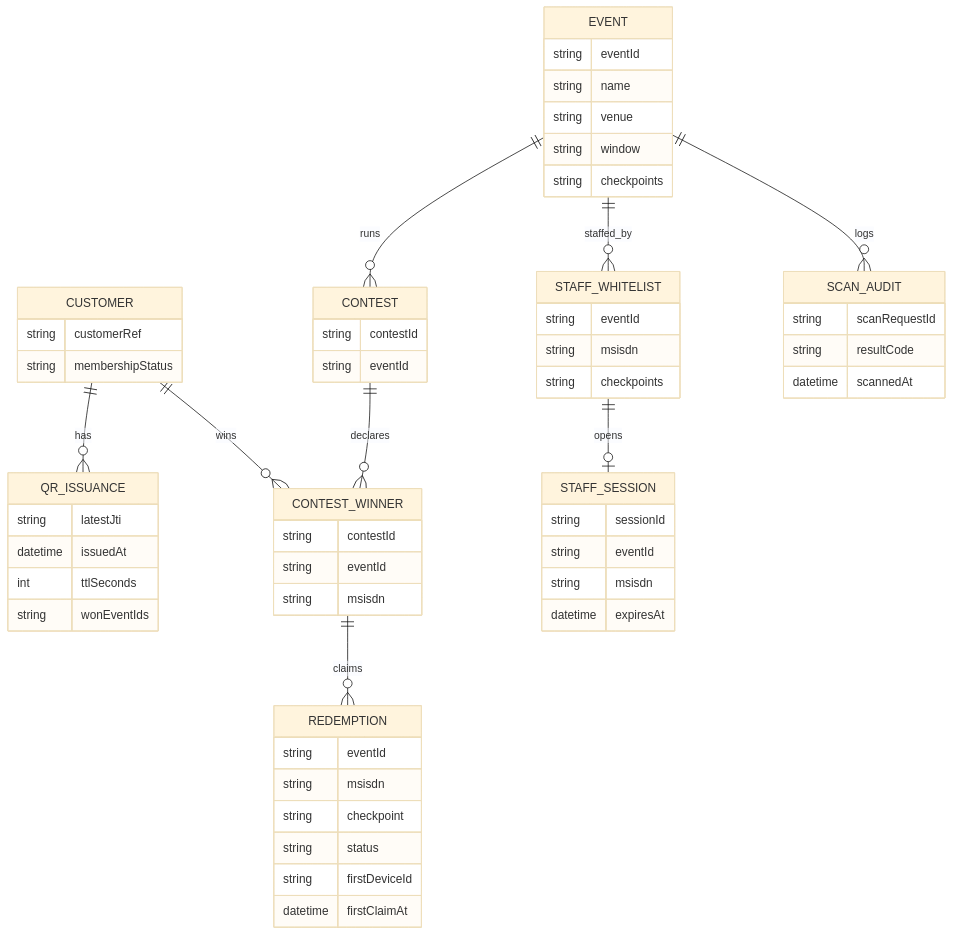
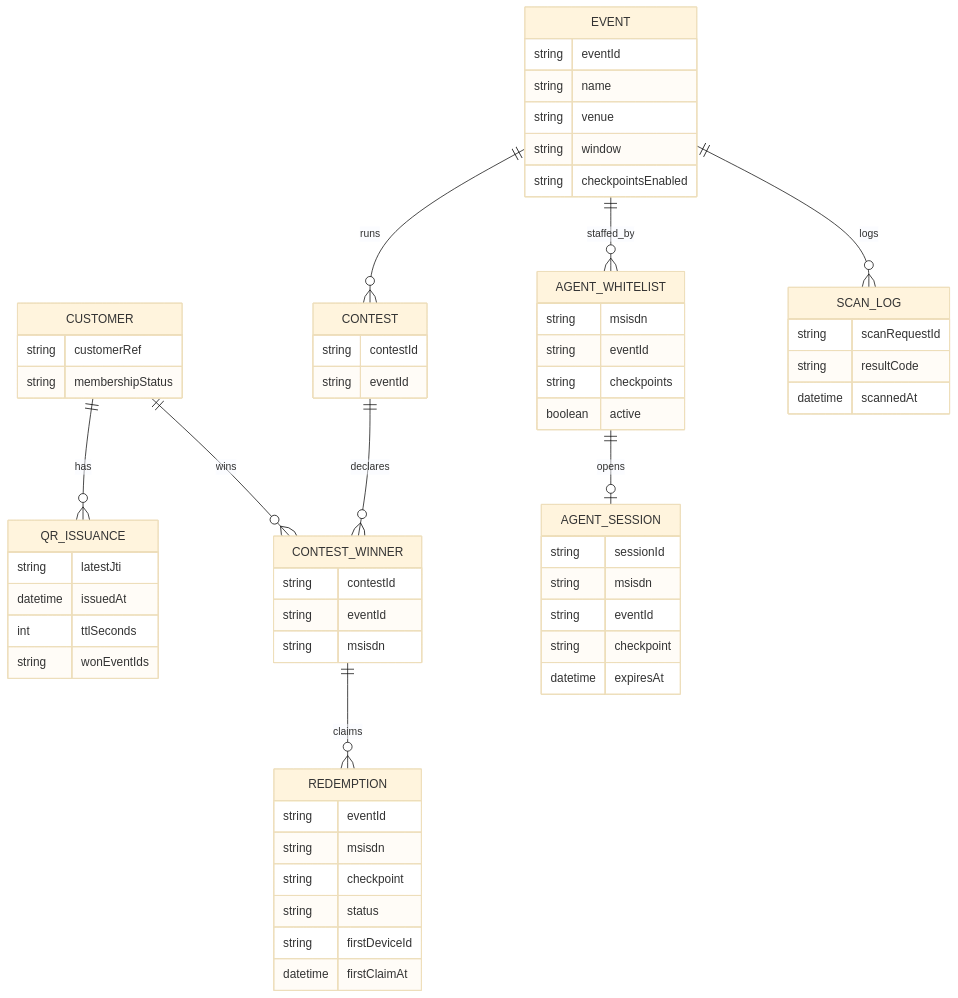
One commit to Amitpawar503/lazzy changed the sixth of 15 diagrams in docs/digital-membership/03-hld.md. Above: the diagram before and after it, drawn with Mermaid (base theme). The commit also changed other lines of this file and 4 other files, not shown here.

````diff
--- a/docs/digital-membership/03-hld.md
+++ b/docs/digital-membership/03-hld.md
@@ -213,62 +224,64 @@
 ```mermaid
 erDiagram
   CUSTOMER ||--o{ QR_ISSUANCE : has
   EVENT ||--o{ CONTEST : runs
   CONTEST ||--o{ CONTEST_WINNER : declares
   CUSTOMER ||--o{ CONTEST_WINNER : wins
   CONTEST_WINNER ||--o{ REDEMPTION : claims
-  EVENT ||--o{ STAFF_WHITELIST : staffed_by
-  STAFF_WHITELIST ||--o| STAFF_SESSION : opens
-  EVENT ||--o{ SCAN_AUDIT : logs
+  EVENT ||--o{ AGENT_WHITELIST : staffed_by
+  AGENT_WHITELIST ||--o| AGENT_SESSION : opens
+  EVENT ||--o{ SCAN_LOG : logs
 
   CUSTOMER {
     string customerRef
     string membershipStatus
   }
   QR_ISSUANCE {
     string latestJti
     datetime issuedAt
     int ttlSeconds
     string wonEventIds
   }
   EVENT {
     string eventId
     string name
     string venue
     string window
-    string checkpoints
+    string checkpointsEnabled
   }
   CONTEST {
     string contestId
     string eventId
   }
   CONTEST_WINNER {
     string contestId
     string eventId
     string msisdn
   }
   REDEMPTION {
     string eventId
     string msisdn
     string checkpoint
     string status
     string firstDeviceId
     datetime firstClaimAt
   }
-  STAFF_WHITELIST {
+  AGENT_WHITELIST {
+    string msisdn
     string eventId
+    string checkpoints
+    boolean active
+  }
+  AGENT_SESSION {
+    string sessionId
     string msisdn
-    string checkpoints
-  }
-  STAFF_SESSION {
-    string sessionId
     string eventId
-    string msisdn
+    string checkpoint
     datetime expiresAt
   }
-  SCAN_AUDIT {
+  SCAN_LOG {
     string scanRequestId
     string resultCode
     datetime scannedAt
   }
 ```
````
